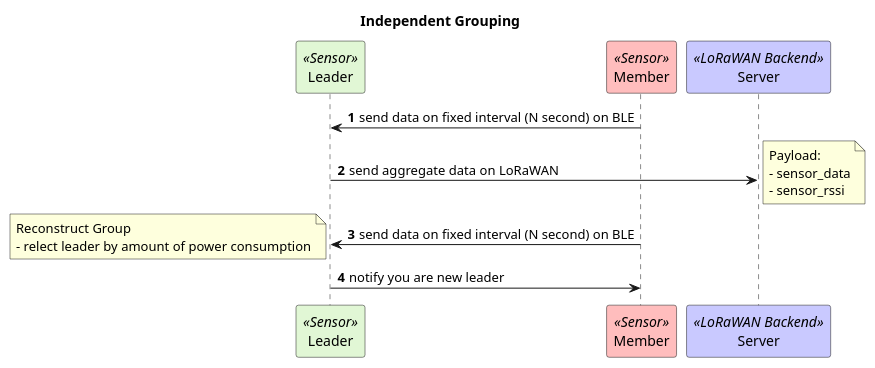
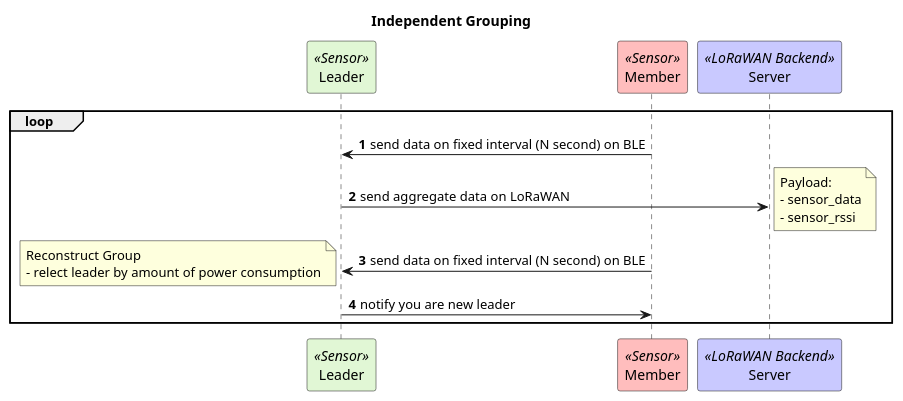
The diagram in docs/tarako-ina-system-independent-grouping.puml (tozastation/heterogeneous-signal), drawn with PlantUML before and after one commit. The commit also changed 9 other files, not shown here.

Commit message:
fix: sequence chart

```diff
--- a/docs/tarako-ina-system-independent-grouping.puml
+++ b/docs/tarako-ina-system-independent-grouping.puml
@@ -1,23 +1,25 @@
 @startuml
 title Independent Grouping
 autonumber
 'Entity
 participant Leader as leader <<Sensor>> #e1f7d5
 participant Member as member <<Sensor>> #ffbdbd
 participant Server as backend <<LoRaWAN Backend>> #c9c9ff
 'Sequence
+Loop
 member -> leader: send data on fixed interval (N second) on BLE
 leader -> backend: send aggregate data on LoRaWAN
 note right
 Payload:
 - sensor_data
 - sensor_rssi
 end note
 
 member -> leader: send data on fixed interval (N second) on BLE
 note left
 Reconstruct Group
 - relect leader by amount of power consumption
 end note
 leader -> member: notify you are new leader
+end
 @enduml
```
